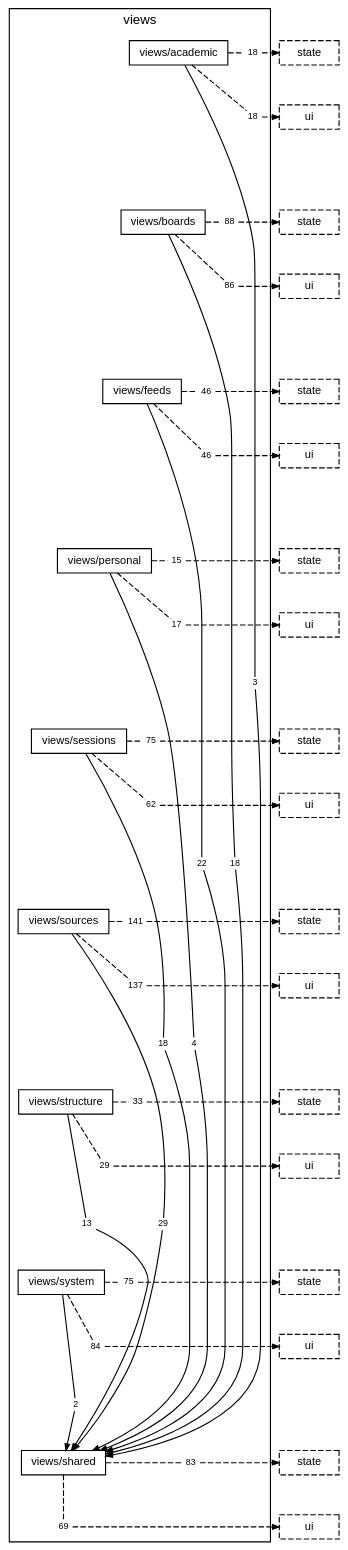
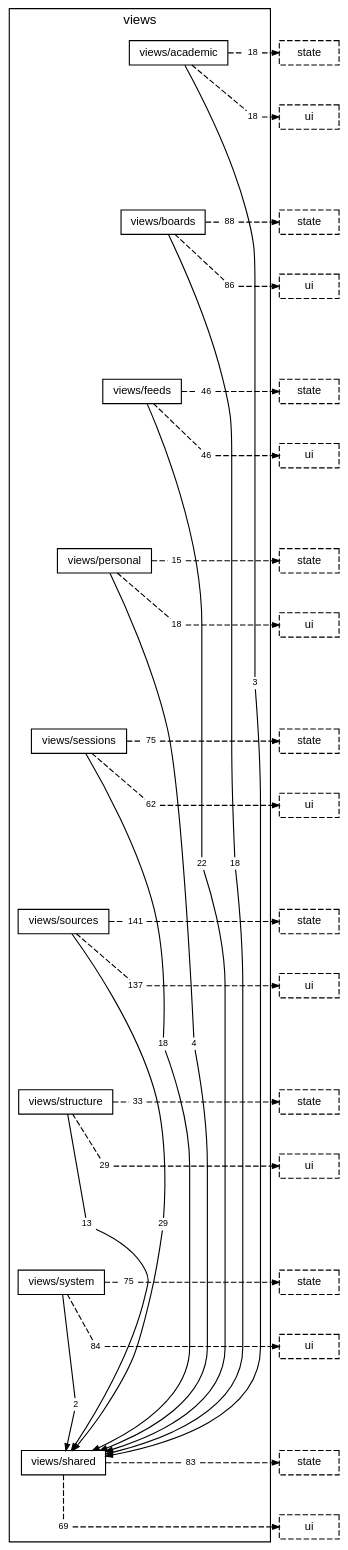
The diagram in docs/diagrams/layer-views.dot (TheAxeC/oculus), drawn with Graphviz before and after one commit. The commit also changed 66 other files, not shown here.

```diff
--- a/docs/diagrams/layer-views.dot
+++ b/docs/diagrams/layer-views.dot
@@ -24,7 +24,7 @@
         "folder views/feeds to layer ui" [label="46", shape=box, color="transparent", fontsize=8, width=0, height=0, margin="0.04,0.02"];
         "folder views/personal to folder views/shared" [label="4", shape=box, color="transparent", fontsize=8, width=0, height=0, margin="0.04,0.02"];
         "folder views/personal to layer state" [label="15", shape=box, color="transparent", fontsize=8, width=0, height=0, margin="0.04,0.02"];
-        "folder views/personal to layer ui" [label="17", shape=box, color="transparent", fontsize=8, width=0, height=0, margin="0.04,0.02"];
+        "folder views/personal to layer ui" [label="18", shape=box, color="transparent", fontsize=8, width=0, height=0, margin="0.04,0.02"];
         "folder views/sessions to folder views/shared" [label="18", shape=box, color="transparent", fontsize=8, width=0, height=0, margin="0.04,0.02"];
         "folder views/sessions to layer state" [label="75", shape=box, color="transparent", fontsize=8, width=0, height=0, margin="0.04,0.02"];
         "folder views/sessions to layer ui" [label="62", shape=box, color="transparent", fontsize=8, width=0, height=0, margin="0.04,0.02"];
```
